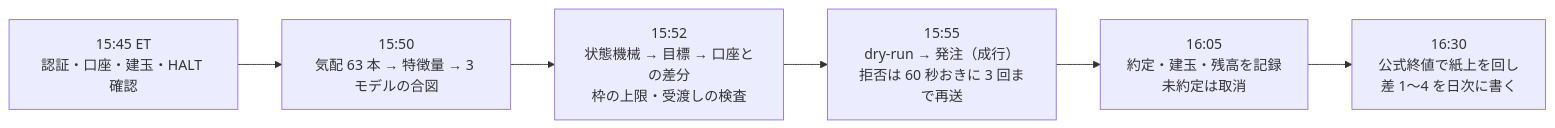
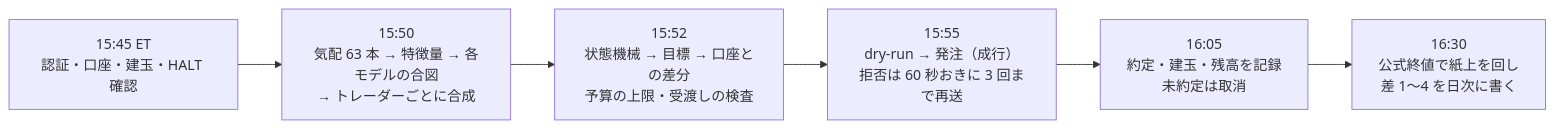
One commit to akiraak/ai-income-lab changed the third of 3 diagrams in docs/plans/live-trading-three-models.md. Above: the diagram before and after it, drawn with Mermaid. The commit also changed other lines of this file and 4 other files, not shown here.

````diff
--- a/docs/plans/live-trading-three-models.md
+++ b/docs/plans/live-trading-three-models.md
@@ -135,8 +169,8 @@
 ```mermaid
 flowchart LR
-  T0["15:45 ET<br/>認証・口座・建玉・HALT 確認"] --> T1["15:50<br/>気配 63 本 → 特徴量 → 3 モデルの合図"]
-  T1 --> T2["15:52<br/>状態機械 → 目標 → 口座との差分<br/>枠の上限・受渡しの検査"]
+  T0["15:45 ET<br/>認証・口座・建玉・HALT 確認"] --> T1["15:50<br/>気配 63 本 → 特徴量 → 各モデルの合図<br/>→ トレーダーごとに合成"]
+  T1 --> T2["15:52<br/>状態機械 → 目標 → 口座との差分<br/>予算の上限・受渡しの検査"]
   T2 --> T3["15:55<br/>dry-run → 発注（成行）<br/>拒否は 60 秒おきに 3 回まで再送"]
   T3 --> T4["16:05<br/>約定・建玉・残高を記録<br/>未約定は取消"]
   T4 --> T5["16:30<br/>公式終値で紙上を回し<br/>差 1〜4 を日次に書く"]
 ```
````
